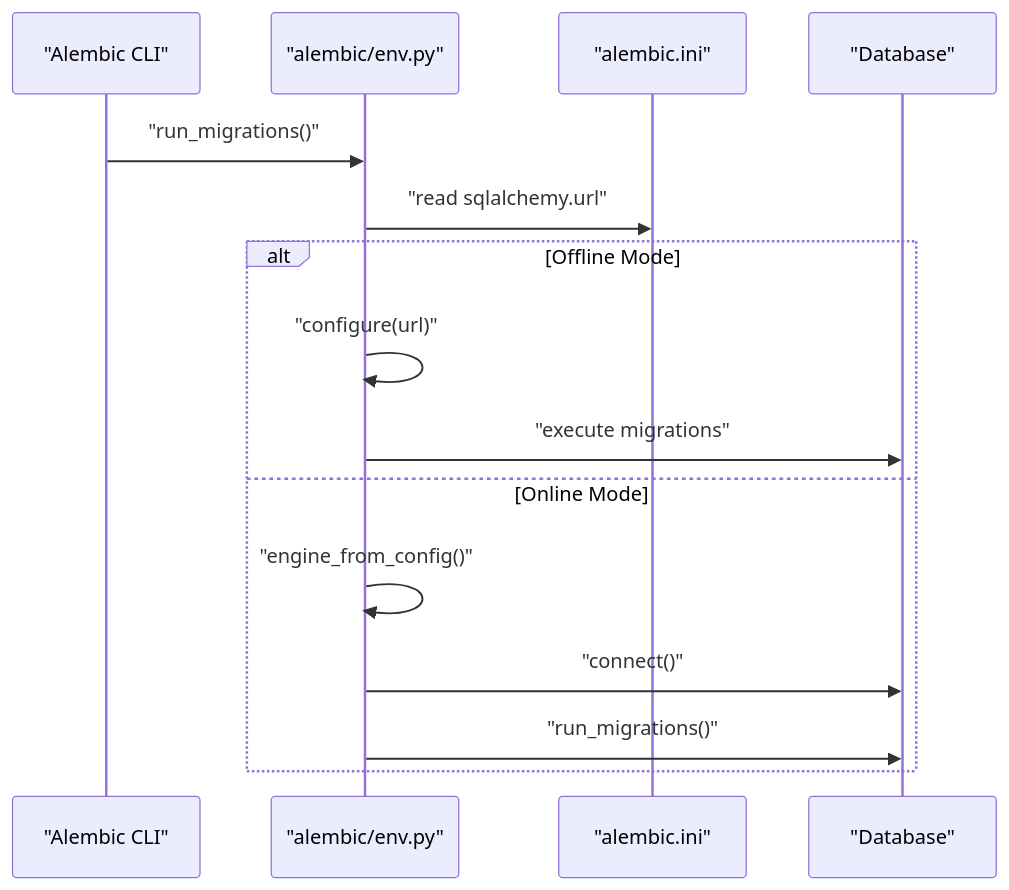
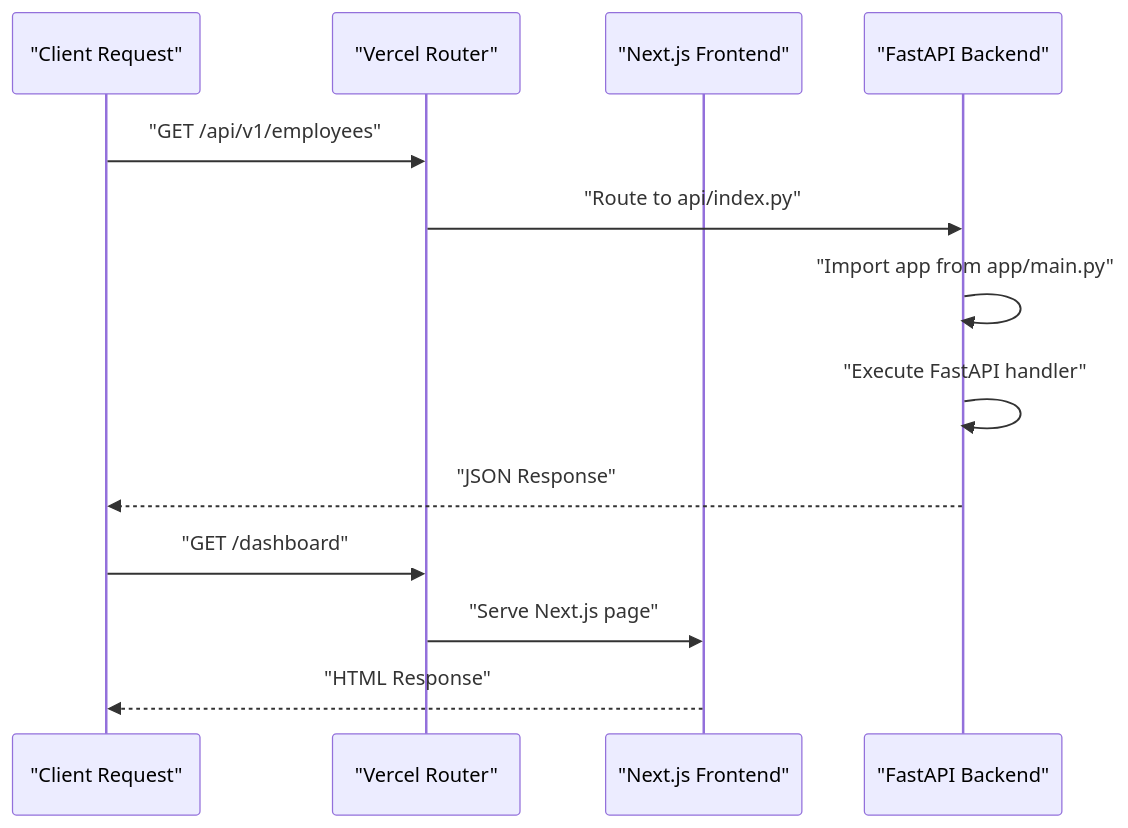
The seventh of 9 diagrams in .qoder/repowiki/en/content/Deployment & Operations.md (bikinaplikasipakeqoder-dot/payroll-hris), drawn with Mermaid before and after one commit. The commit also changed other lines of this file and 22 other files, not shown here.

````diff
--- a/.qoder/repowiki/en/content/Deployment & Operations.md
+++ b/.qoder/repowiki/en/content/Deployment & Operations.md
@@ -275,17 +326,15 @@
 ```mermaid
 sequenceDiagram
-participant CLI as "Alembic CLI"
-participant Env as "alembic/env.py"
-participant Cfg as "alembic.ini"
-participant DB as "Database"
-CLI->>Env : "run_migrations()"
-Env->>Cfg : "read sqlalchemy.url"
-alt Offline Mode
-Env->>Env : "configure(url)"
-Env->>DB : "execute migrations"
-else Online Mode
-Env->>Env : "engine_from_config()"
-Env->>DB : "connect()"
-Env->>DB : "run_migrations()"
-end
+participant Client as "Client Request"
+participant Vercel as "Vercel Router"
+participant NextJS as "Next.js Frontend"
+participant API as "FastAPI Backend"
+Client->>Vercel : "GET /api/v1/employees"
+Vercel->>API : "Route to api/index.py"
+API->>API : "Import app from app/main.py"
+API->>API : "Execute FastAPI handler"
+API-->>Client : "JSON Response"
+Client->>Vercel : "GET /dashboard"
+Vercel->>NextJS : "Serve Next.js page"
+NextJS-->>Client : "HTML Response"
 ```
````
